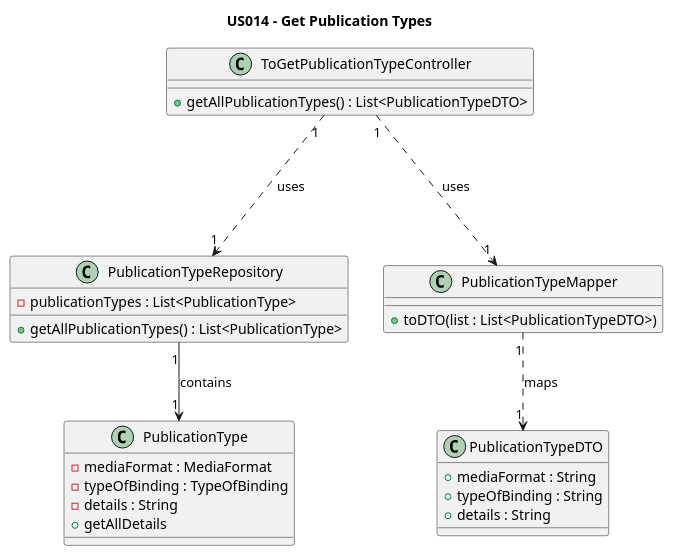
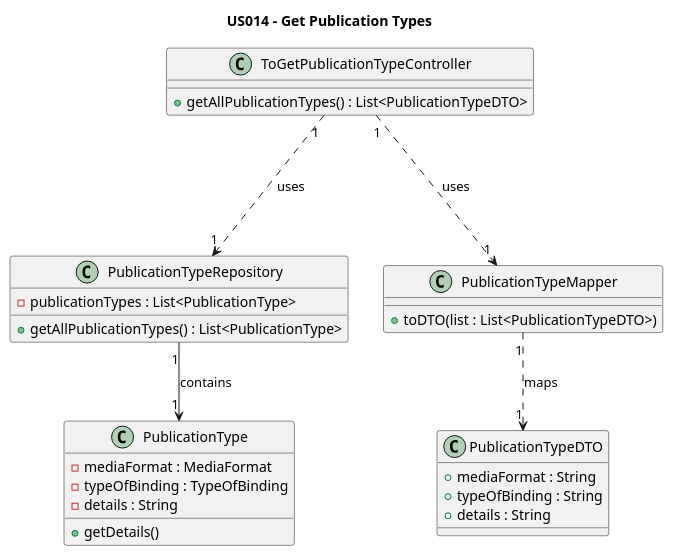
The diagram in Diagrams/ClassDiagrams/US014-to-get-publitaction-type-list.puml (AndrePereiraGitH/SWitCH-Project-Team_A), drawn with PlantUML before and after one commit. The commit also changed 1 other file, not shown here.

```diff
--- a/Diagrams/ClassDiagrams/US014-to-get-publitaction-type-list.puml
+++ b/Diagrams/ClassDiagrams/US014-to-get-publitaction-type-list.puml
@@ -1,34 +1,34 @@
 @startuml
 title US014 - Get Publication Types
 
 class ToGetPublicationTypeController {
     +getAllPublicationTypes() : List<PublicationTypeDTO>
 }
 
 class PublicationTypeRepository {
     -publicationTypes : List<PublicationType>
     +getAllPublicationTypes() : List<PublicationType>
 }
 
 class PublicationTypeMapper {
     +toDTO(list : List<PublicationTypeDTO>)
 }
 
 class PublicationTypeDTO {
     +mediaFormat : String
     +typeOfBinding : String
     +details : String
 }
 
 class PublicationType {
     -mediaFormat : MediaFormat
     -typeOfBinding : TypeOfBinding
     -details : String
-    +getAllDetails
+    +getDetails()
 }
 
 ToGetPublicationTypeController "1" -.-> "1" PublicationTypeRepository : uses
 ToGetPublicationTypeController "1" -.-> "1" PublicationTypeMapper : uses
 PublicationTypeMapper "1" -.> "1" PublicationTypeDTO : maps
 PublicationTypeRepository "1" --> "1" PublicationType : contains
 @enduml
```
